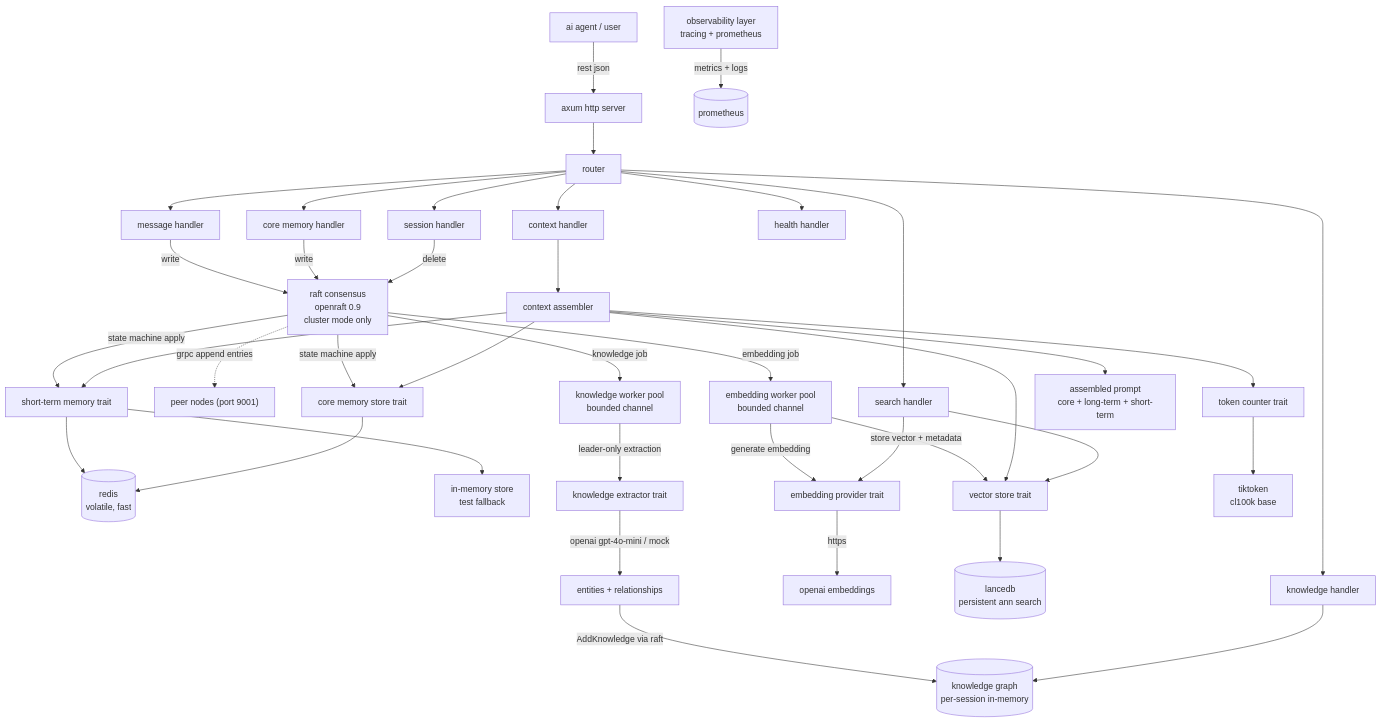
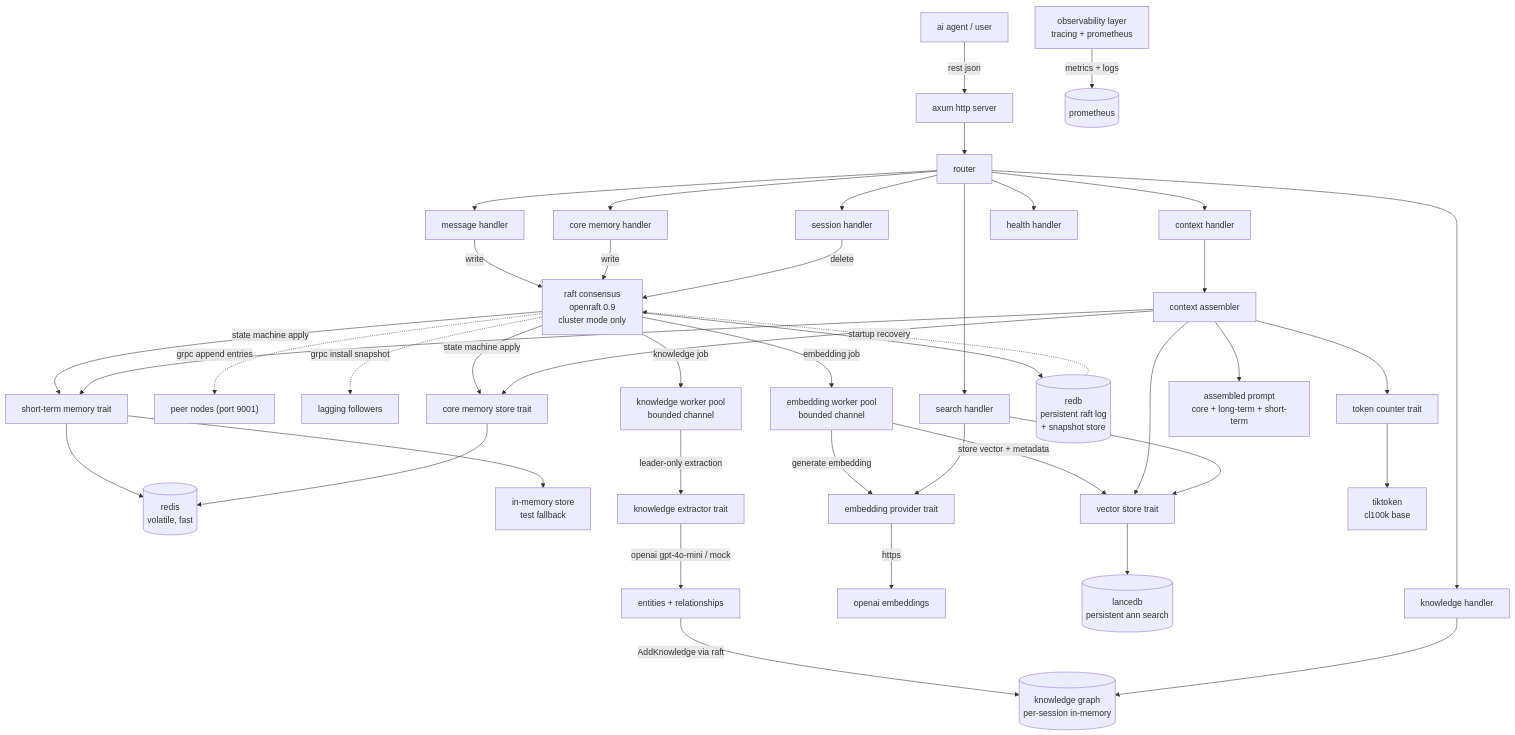
The diagram in README.md (bit2swaz/engram), drawn with Mermaid before and after one commit. The commit also changed other lines of this file and 7 other files, not shown here.

````diff
--- a/README.md
+++ b/README.md
@@ -18,49 +18,52 @@
 ```mermaid
 graph TD
     client["ai agent / user"] -->|rest json| axum["axum http server"]
     axum --> router["router"]
     router --> sessionhandler["session handler"]
     router --> memoryhandler["message handler"]
     router --> contexthandler["context handler"]
     router --> searchhandler["search handler"]
     router --> corememhandler["core memory handler"]
     router --> healthhandler["health handler"]
     router --> knowledgehandler["knowledge handler"]
 
     memoryhandler -->|write| raft["raft consensus\nopenraft 0.9\ncluster mode only"]
     corememhandler -->|write| raft
     sessionhandler -->|delete| raft
     raft -.->|grpc append entries| peers["peer nodes (port 9001)"]
+    raft -.->|grpc install snapshot| laggers["lagging followers"]
     raft -->|state machine apply| shortterm["short-term memory trait"]
     raft -->|state machine apply| coremem["core memory store trait"]
     raft -->|embedding job| embedqueue["embedding worker pool<br/>bounded channel"]
     raft -->|knowledge job| knowledgequeue["knowledge worker pool<br/>bounded channel"]
+    raft --> redb[("redb\npersistent raft log\n+ snapshot store")]
+    redb -.->|"startup recovery"| raft
 
     shortterm --> redis[("redis<br/>volatile, fast")]
     shortterm --> inmem["in-memory store<br/>test fallback"]
 
     embedqueue -->|generate embedding| embedprovider["embedding provider trait"]
     embedprovider -->|https| openai["openai embeddings"]
     embedqueue -->|store vector + metadata| longterm["vector store trait"]
     longterm --> lancedb[("lancedb<br/>persistent ann search")]
 
     coremem --> redis
 
     knowledgequeue -->|leader-only extraction| extractor["knowledge extractor trait"]
     extractor -->|openai gpt-4o-mini / mock| extraction["entities + relationships"]
     extraction -->|AddKnowledge via raft| knowledgegraph[("knowledge graph\nper-session in-memory")]
     knowledgehandler --> knowledgegraph
 
     contexthandler --> assembler["context assembler"]
     assembler --> shortterm
     assembler --> longterm
     assembler --> coremem
     assembler --> tokencounter["token counter trait"]
     tokencounter --> tiktoken["tiktoken<br/>cl100k base"]
     assembler --> finalcontext["assembled prompt<br/>core + long-term + short-term"]
 
     searchhandler --> embedprovider
     searchhandler --> longterm
 
     observability["observability layer<br/>tracing + prometheus"] -->|metrics + logs| prometheus[("prometheus")]
 ```
````
